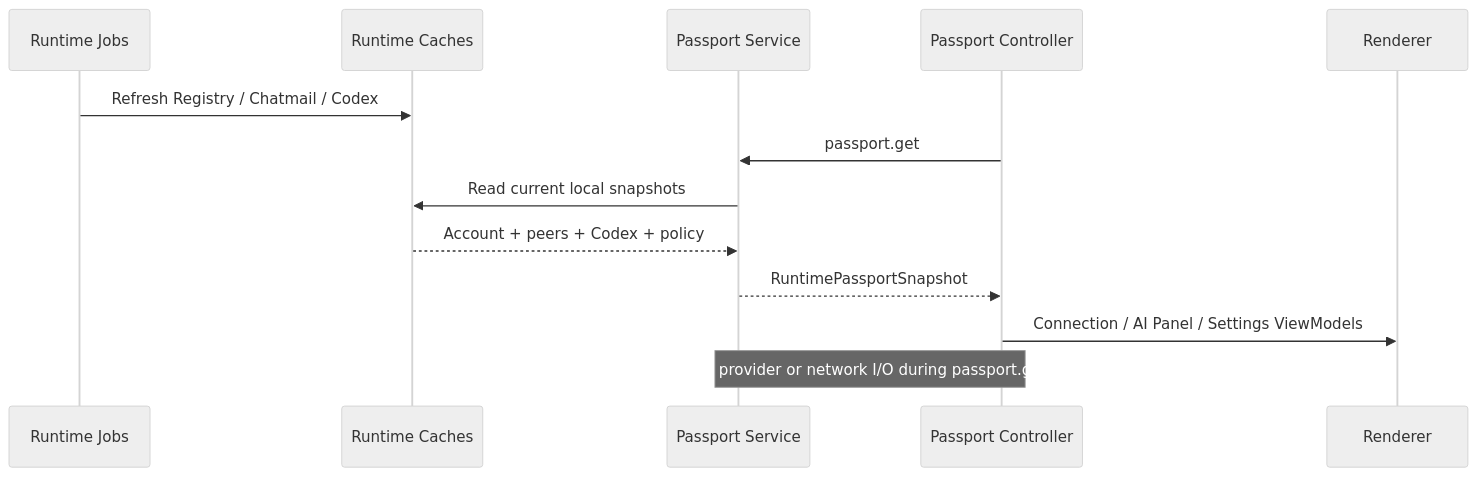
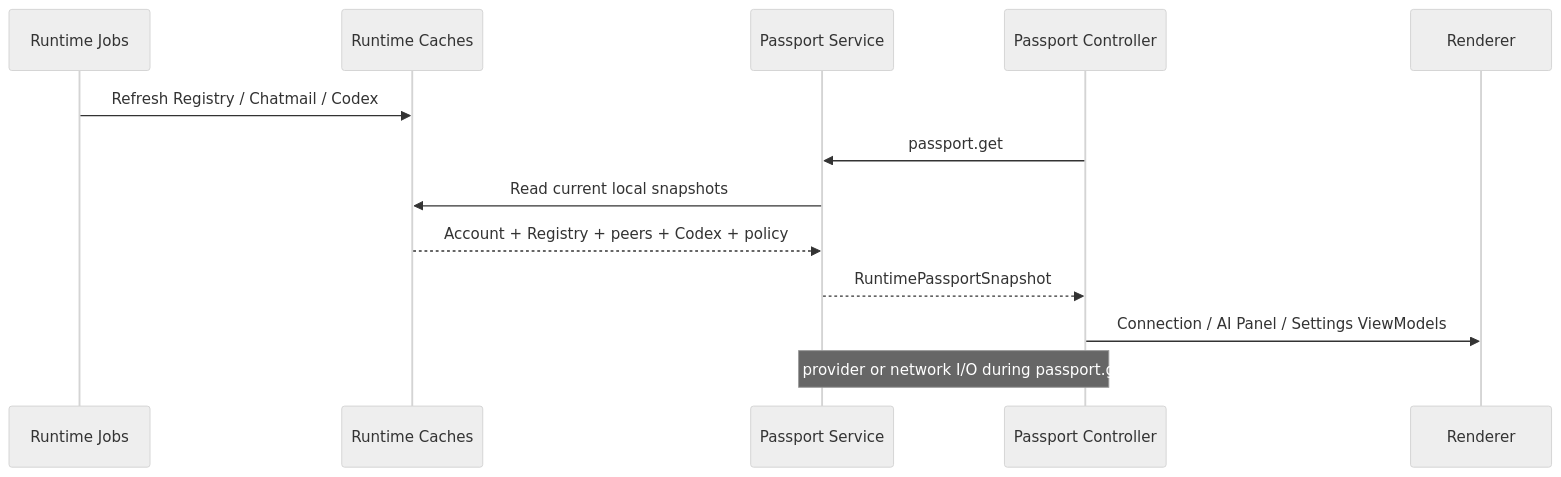
Before and after one commit to midimily/teti-bot: the second of 3 diagrams in docs/TETI_BETA_MVP_1_0_PASSPORT_DOMAIN_INTEGRATION.md, drawn with Mermaid (neutral theme). The commit also changed other lines of this file and 46 other files, not shown here.

````diff
--- a/docs/TETI_BETA_MVP_1_0_PASSPORT_DOMAIN_INTEGRATION.md
+++ b/docs/TETI_BETA_MVP_1_0_PASSPORT_DOMAIN_INTEGRATION.md
@@ -39,16 +41,16 @@
 ```mermaid
 sequenceDiagram
   participant Jobs as Runtime Jobs
   participant Cache as Runtime Caches
   participant Passport as Passport Service
   participant Desktop as Passport Controller
   participant UI as Renderer
 
   Jobs->>Cache: Refresh Registry / Chatmail / Codex
   Desktop->>Passport: passport.get
   Passport->>Cache: Read current local snapshots
-  Cache-->>Passport: Account + peers + Codex + policy
+  Cache-->>Passport: Account + Registry + peers + Codex + policy
   Passport-->>Desktop: RuntimePassportSnapshot
   Desktop->>UI: Connection / AI Panel / Settings ViewModels
   Note over Desktop,Passport: No provider or network I/O during passport.get
 ```
````
